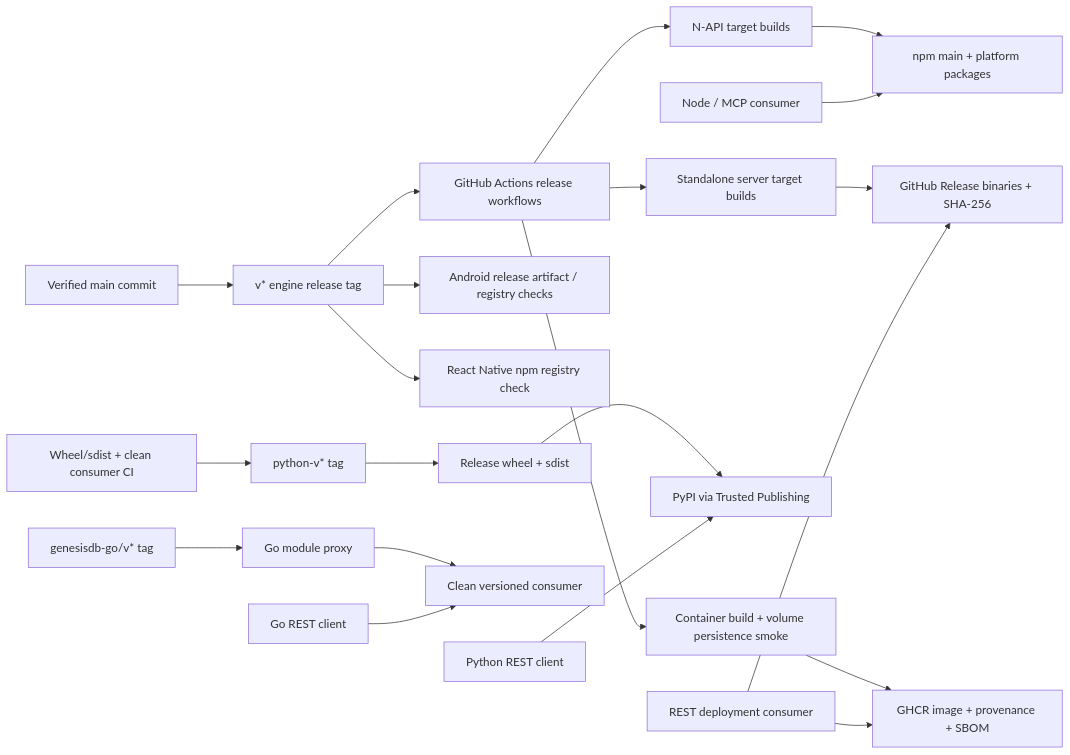
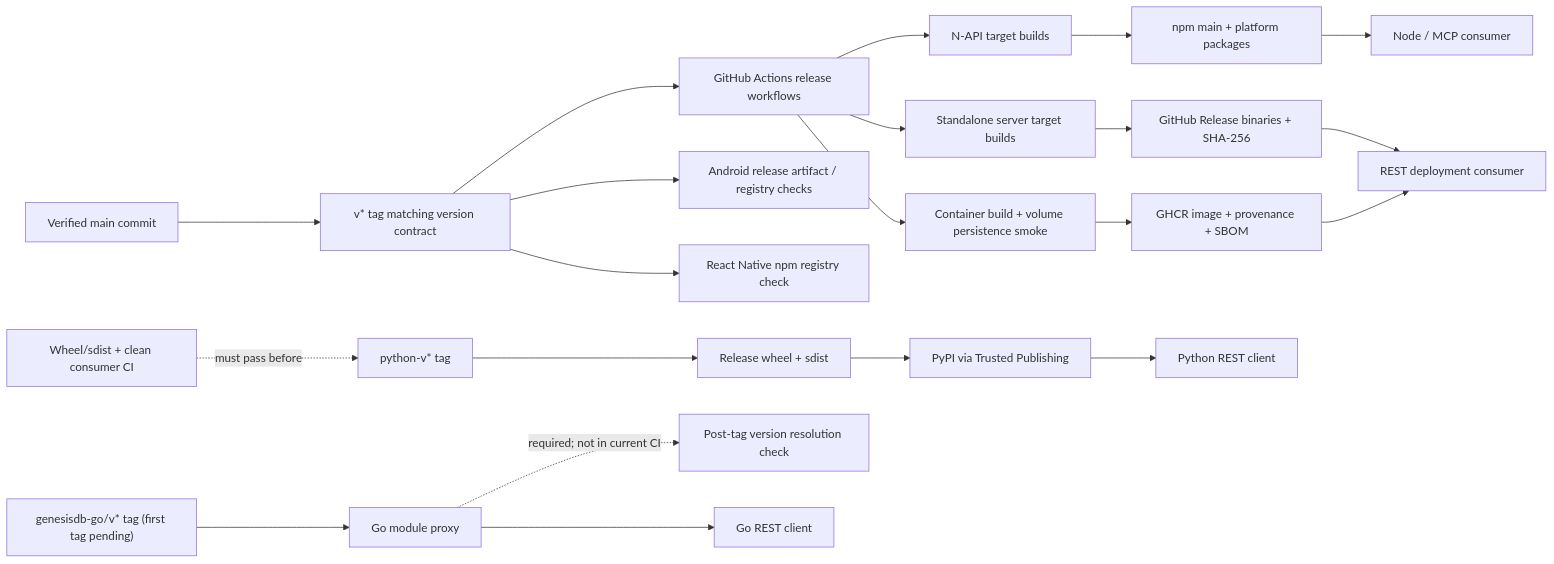
One commit to Freshair129/GenesisBlock changed the third of 3 diagrams in docs/C4--GENESISDB-ARCHITECTURE.md. Above: the diagram before and after it, drawn with Mermaid. The commit also changed other lines of this file and 5 other files, not shown here.

Commit message:
fix: gate releases on matching version tags

````diff
--- a/docs/C4--GENESISDB-ARCHITECTURE.md
+++ b/docs/C4--GENESISDB-ARCHITECTURE.md
@@ -157,25 +157,25 @@
 ```mermaid
 flowchart LR
-    main["Verified main commit"] --> engineTag["v* engine release tag"]
+    main["Verified main commit"] --> engineTag["v* tag matching version contract"]
     engineTag --> releaseActions["GitHub Actions release workflows"]
     releaseActions --> napiBuild["N-API target builds"]
     napiBuild --> npm["npm main + platform packages"]
     releaseActions --> serverBuild["Standalone server target builds"]
     serverBuild --> ghRelease["GitHub Release binaries + SHA-256"]
     releaseActions --> containerSmoke["Container build + volume persistence smoke"]
     containerSmoke --> ghcr["GHCR image + provenance + SBOM"]
     engineTag --> android["Android release artifact / registry checks"]
     engineTag --> rn["React Native npm registry check"]
 
-    pythonCi["Wheel/sdist + clean consumer CI"] --> pythonTag["python-v* tag"]
+    pythonCi["Wheel/sdist + clean consumer CI"] -. must pass before .-> pythonTag["python-v* tag"]
     pythonTag --> pypiBuild["Release wheel + sdist"]
     pypiBuild --> pypi["PyPI via Trusted Publishing"]
-    goTag["genesisdb-go/v* tag"] --> goProxy["Go module proxy"]
-    goProxy --> goConsumer["Clean versioned consumer"]
+    goTag["genesisdb-go/v* tag (first tag pending)"] --> goProxy["Go module proxy"]
+    goProxy -. "required; not in current CI" .-> goCheck["Post-tag version resolution check"]
 
-    consumerNpm["Node / MCP consumer"] --> npm
-    consumerServer["REST deployment consumer"] --> ghRelease
-    consumerServer --> ghcr
-    consumerPython["Python REST client"] --> pypi
-    consumerGo["Go REST client"] --> goConsumer
+    npm --> consumerNpm["Node / MCP consumer"]
+    ghRelease --> consumerServer["REST deployment consumer"]
+    ghcr --> consumerServer
+    pypi --> consumerPython["Python REST client"]
+    goProxy --> consumerGo["Go REST client"]
 ```
````
